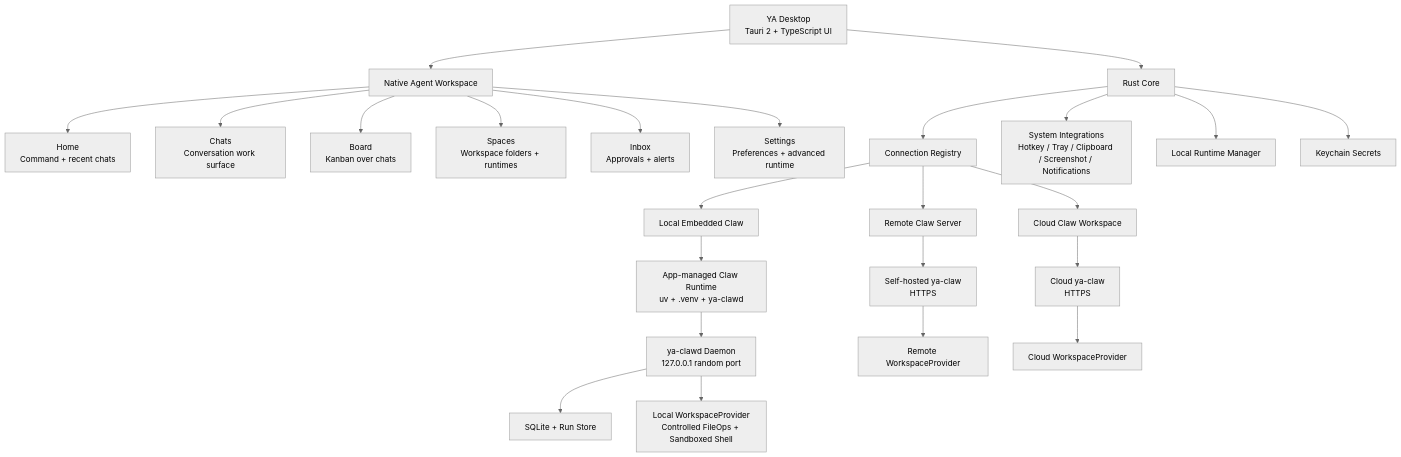
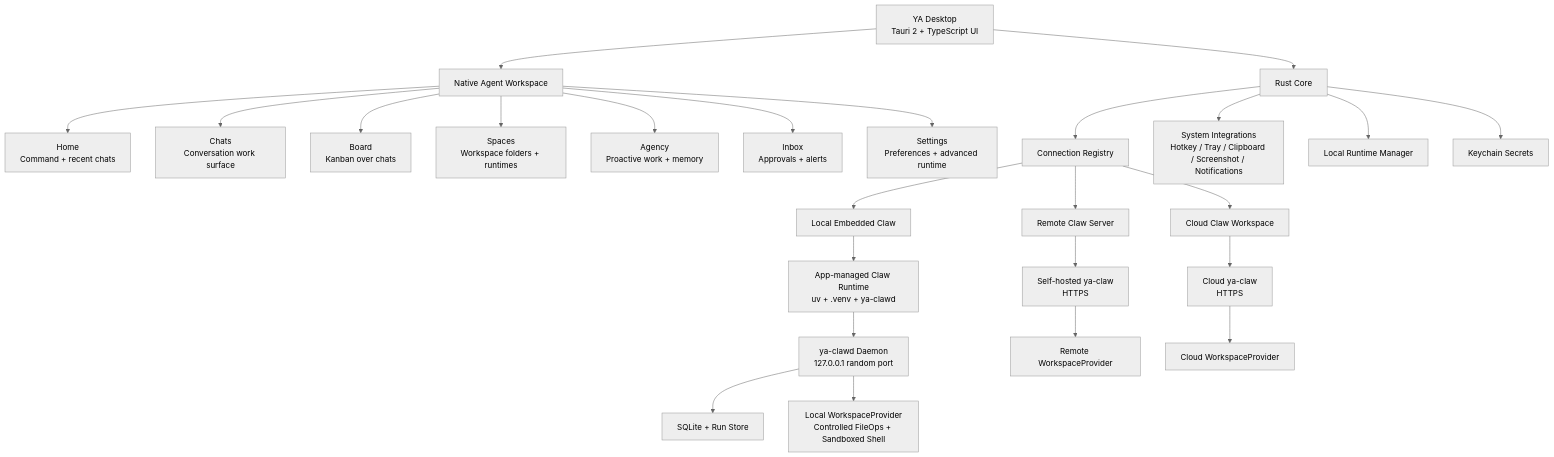
The first of 2 diagrams in apps/ya-desktop/spec/00-overview.md (Alexsu26/ya-mono), drawn with Mermaid (neutral theme) before and after one commit. The commit also changed other lines of this file and 13 other files, not shown here.

````diff
--- a/apps/ya-desktop/spec/00-overview.md
+++ b/apps/ya-desktop/spec/00-overview.md
@@ -23,32 +24,33 @@
 ```mermaid
 flowchart TB
     Desktop[YA Desktop<br/>Tauri 2 + TypeScript UI] --> Product[Native Agent Workspace]
     Desktop --> RustCore[Rust Core]
 
     Product --> Home[Home<br/>Command + recent chats]
     Product --> Chats[Chats<br/>Conversation work surface]
     Product --> Board[Board<br/>Kanban over chats]
     Product --> Spaces[Spaces<br/>Workspace folders + runtimes]
+    Product --> Agency[Agency<br/>Proactive work + memory]
     Product --> Inbox[Inbox<br/>Approvals + alerts]
     Product --> Settings[Settings<br/>Preferences + advanced runtime]
 
     RustCore --> Registry[Connection Registry]
     RustCore --> System[System Integrations<br/>Hotkey / Tray / Clipboard / Screenshot / Notifications]
     RustCore --> RuntimeManager[Local Runtime Manager]
     RustCore --> Keychain[Keychain Secrets]
 
     Registry --> LocalConn[Local Embedded Claw]
     Registry --> RemoteConn[Remote Claw Server]
     Registry --> CloudConn[Cloud Claw Workspace]
 
     LocalConn --> Runtime[App-managed Claw Runtime<br/>uv + .venv + ya-clawd]
     Runtime --> LocalDaemon[ya-clawd Daemon<br/>127.0.0.1 random port]
     LocalDaemon --> LocalStore[SQLite + Run Store]
     LocalDaemon --> LocalWorkspace[Local WorkspaceProvider<br/>Controlled FileOps + Sandboxed Shell]
 
     RemoteConn --> RemoteClaw[Self-hosted ya-claw<br/>HTTPS]
     CloudConn --> CloudClaw[Cloud ya-claw<br/>HTTPS]
 
     RemoteClaw --> RemoteWorkspace[Remote WorkspaceProvider]
     CloudClaw --> CloudWorkspace[Cloud WorkspaceProvider]
 ```
````
